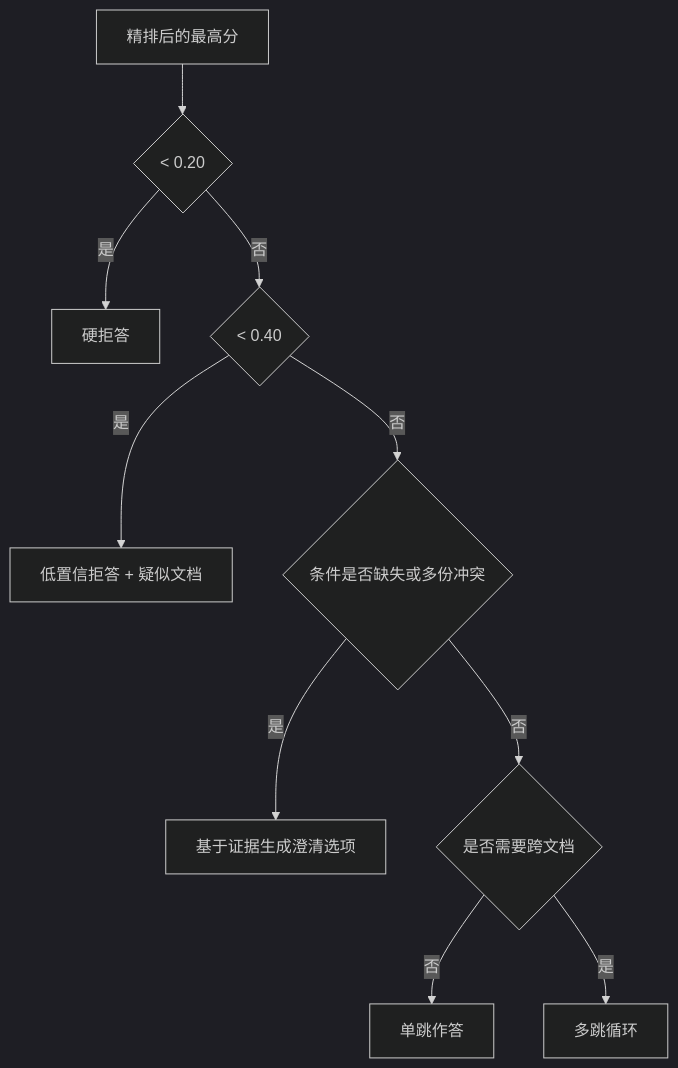
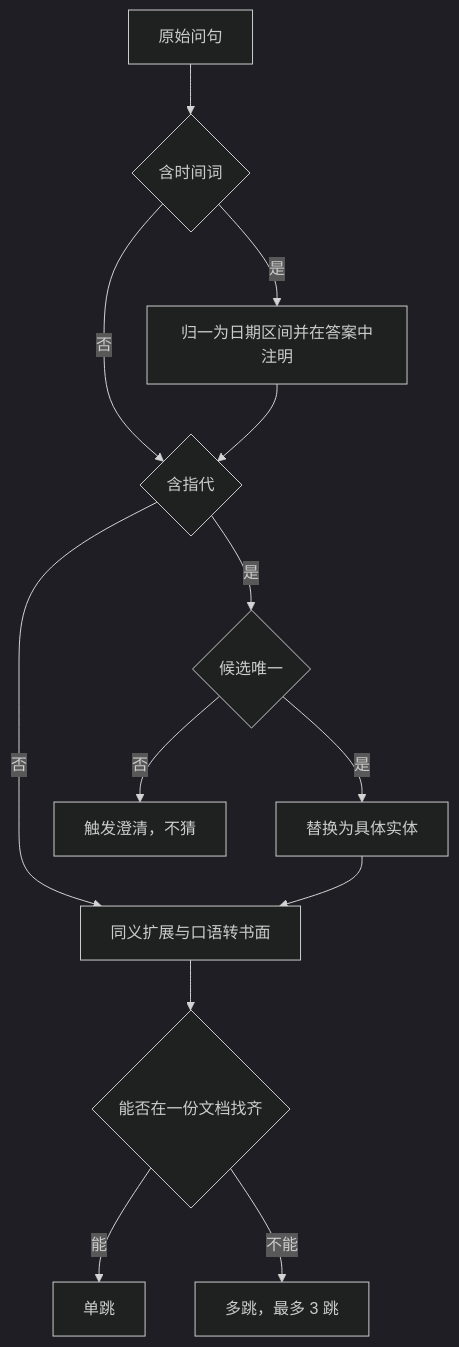
Before and after one commit to kvchen95/ai-rag: the ninth of 15 diagrams in 详细设计.md, drawn with Mermaid (dark theme). The commit also changed other lines of this file, not shown here.

Commit message:
docs: 重写详细设计文档，按架构图集与概要设计细化

````diff
--- a/详细设计.md
+++ b/详细设计.md
@@ -375,12 +427,15 @@
 ```mermaid
 flowchart TD
-    S["精排后的最高分"] --> A{"< 0.20"}
-    A -- 是 --> R1["硬拒答"]
-    A -- 否 --> B{"< 0.40"}
-    B -- 是 --> R2["低置信拒答 + 疑似文档"]
-    B -- 否 --> C{"条件是否缺失或多份冲突"}
-    C -- 是 --> R3["基于证据生成澄清选项"]
-    C -- 否 --> D{"是否需要跨文档"}
-    D -- 否 --> G["单跳作答"]
-    D -- 是 --> H["多跳循环"]
+    Q["原始问句"] --> T{"含时间词"}
+    T -- 是 --> T1["归一为日期区间并在答案中注明"]
+    T -- 否 --> R
+    T1 --> R{"含指代"}
+    R -- 是 --> R1{"候选唯一"}
+    R1 -- 是 --> R2["替换为具体实体"]
+    R1 -- 否 --> R3["触发澄清，不猜"]
+    R -- 否 --> W["同义扩展与口语转书面"]
+    R2 --> W
+    W --> H{"能否在一份文档找齐"}
+    H -- 能 --> S["单跳"]
+    H -- 不能 --> M["多跳，最多 3 跳"]
 ```
````
